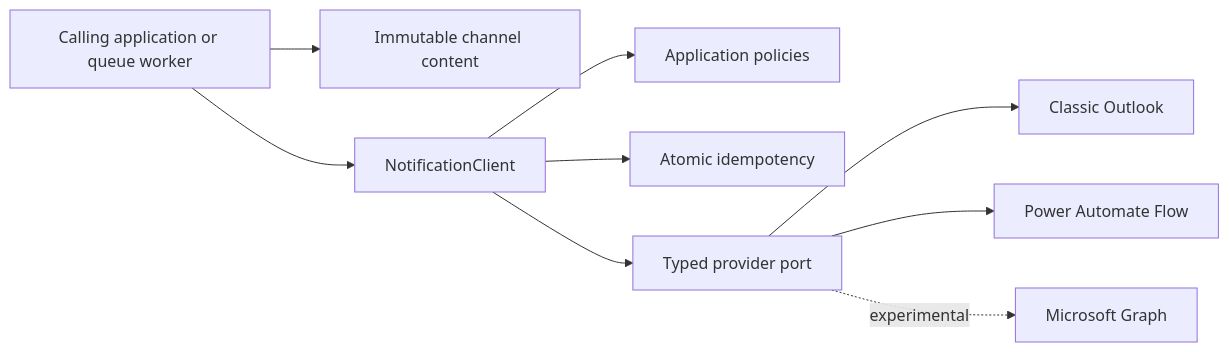
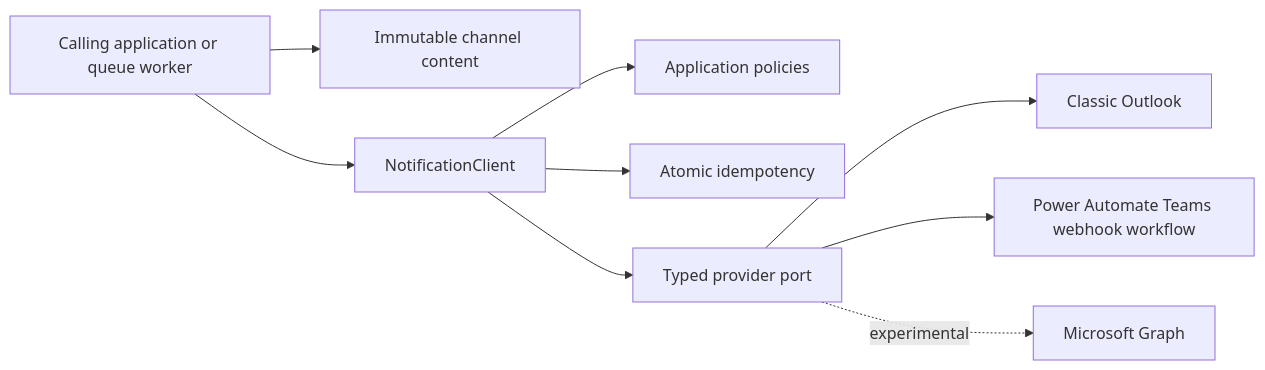
The diagram in docs/architecture.md (sbrock928/notification-service-import-only), drawn with Mermaid before and after one commit. The commit also changed 13 other files, not shown here.

Commit message:
feat(teams): support non-premium webhook workflows

````diff
--- a/docs/architecture.md
+++ b/docs/architecture.md
@@ -6,11 +6,11 @@
 ```mermaid
 flowchart LR
   Caller[Calling application or queue worker] --> Content[Immutable channel content]
   Caller --> Client[NotificationClient]
   Client --> Policy[Application policies]
   Client --> Idem[Atomic idempotency]
   Client --> Port[Typed provider port]
   Port --> Outlook[Classic Outlook]
-  Port --> Flow[Power Automate Flow]
+  Port --> Flow[Power Automate Teams webhook workflow]
   Port -. experimental .-> Graph[Microsoft Graph]
 ```
````
